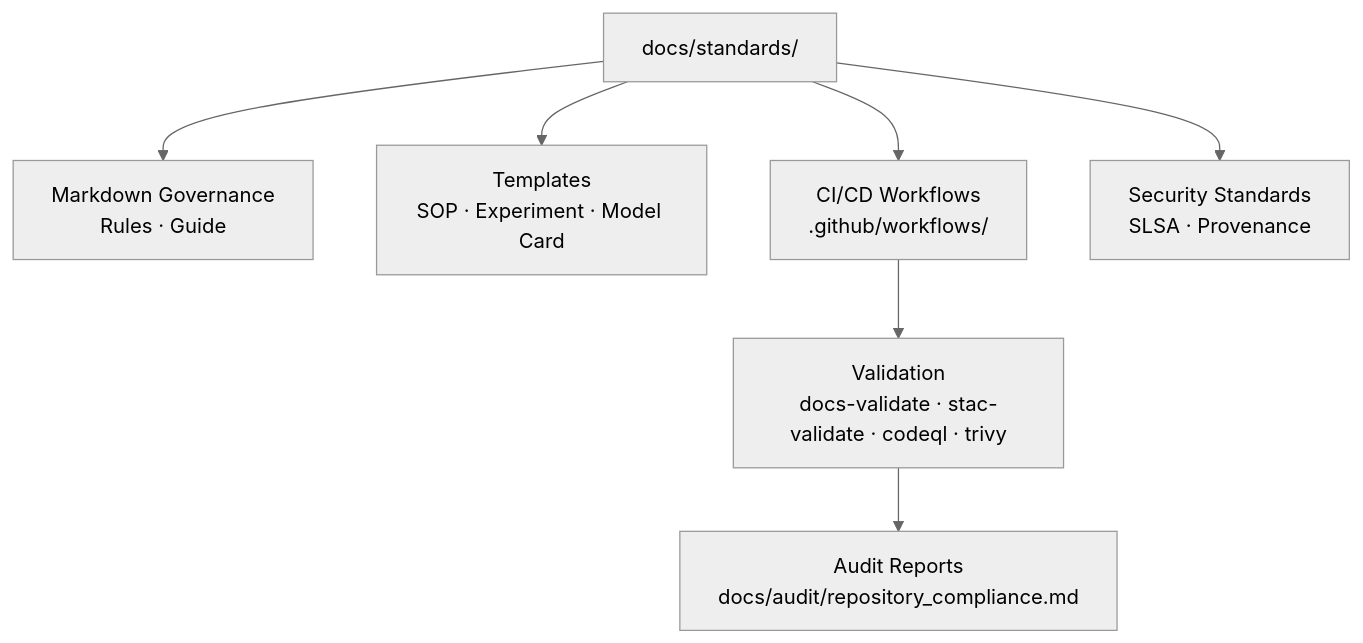
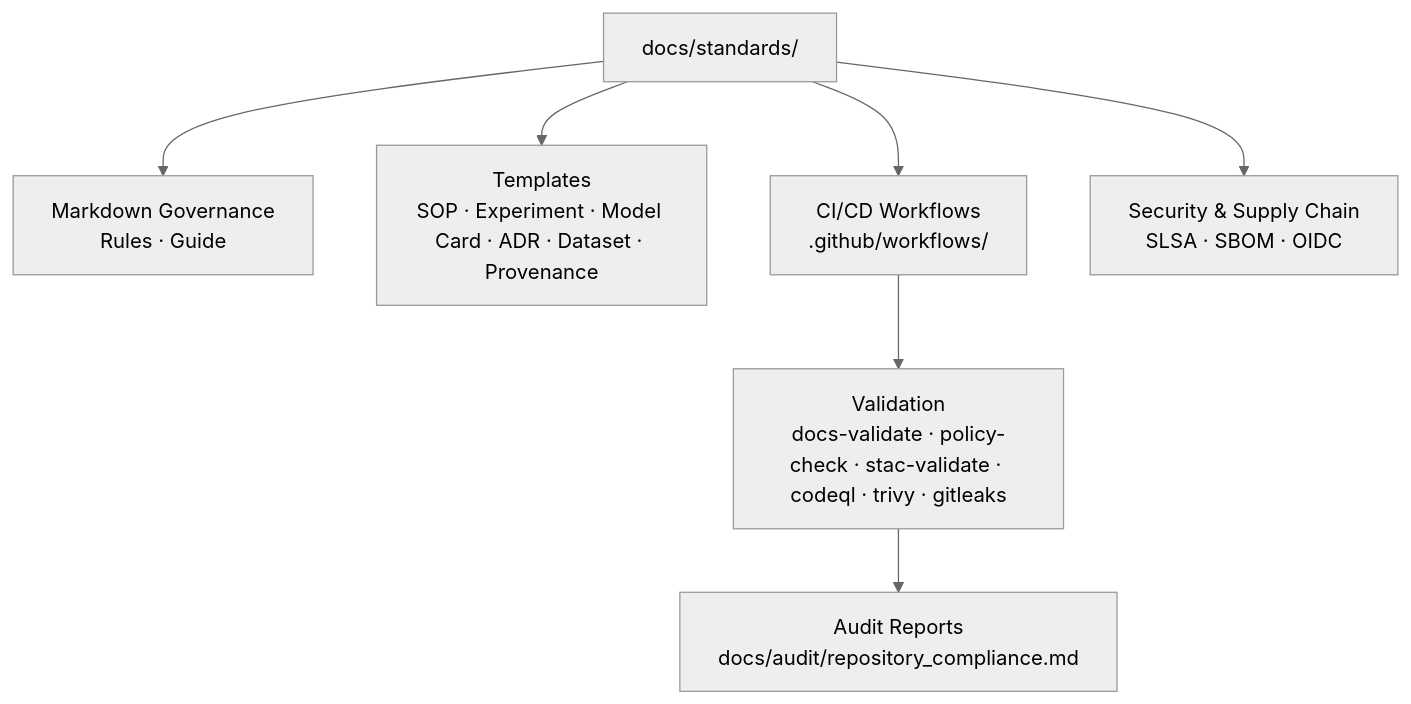
Before and after one commit to bartytime4life/Kansas-Frontier-Matrix: the diagram in docs/standards/README.md, drawn with Mermaid (neutral theme). The commit also changed other lines of this file, not shown here.

````diff
--- a/docs/standards/README.md
+++ b/docs/standards/README.md
@@ -68,9 +76,10 @@
 ```mermaid
 flowchart TD
     A["docs/standards/"] --> B["Markdown Governance<br/>Rules · Guide"]
-    A --> C["Templates<br/>SOP · Experiment · Model Card"]
+    A --> C["Templates<br/>SOP · Experiment · Model Card · ADR · Dataset · Provenance"]
     A --> D["CI/CD Workflows<br/>.github/workflows/"]
-    A --> E["Security Standards<br/>SLSA · Provenance"]
-    D --> F["Validation<br/>docs-validate · stac-validate · codeql · trivy"]
+    A --> E["Security & Supply Chain<br/>SLSA · SBOM · OIDC"]
+    D --> F["Validation<br/>docs-validate · policy-check · stac-validate · codeql · trivy · gitleaks"]
     F --> G["Audit Reports<br/>docs/audit/repository_compliance.md"]
+%% END OF MERMAID
 ```
````
